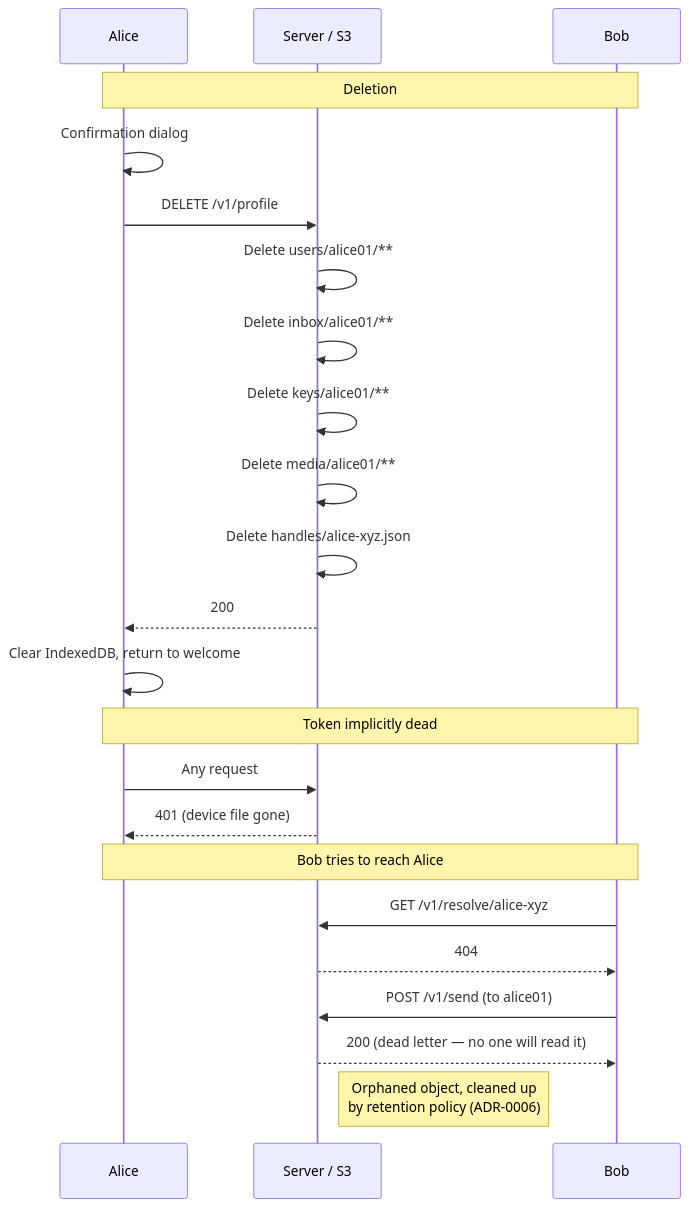
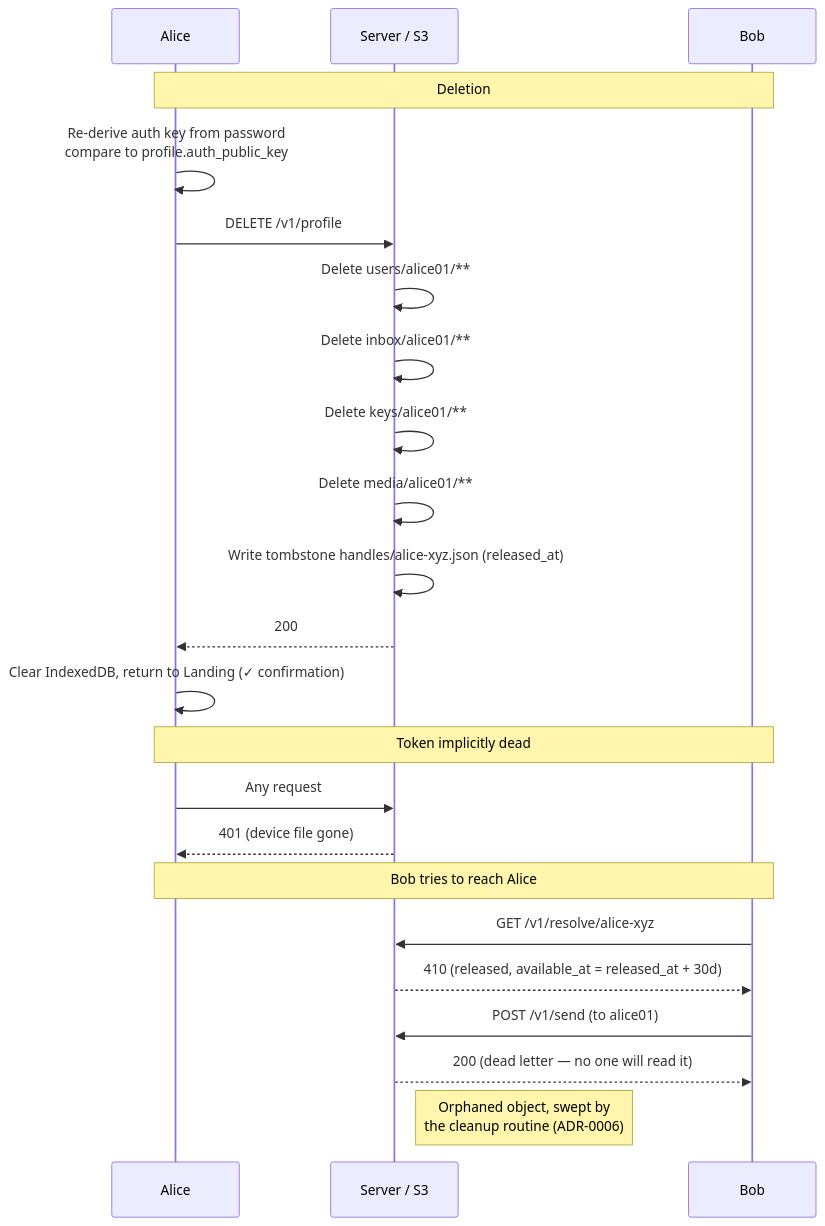
One commit to atmin/atmin.net changed the diagram in docs/scenarios/account-deletion.md. Above: the diagram before and after it, drawn with Mermaid. The commit also changed other lines of this file and 23 other files, not shown here.

First line of the commit message:
feat: account deletion — Settings danger zone wired to DELETE /v1/profile

````diff
--- a/docs/scenarios/account-deletion.md
+++ b/docs/scenarios/account-deletion.md
@@ -10,29 +11,29 @@
 ```mermaid
 sequenceDiagram
     participant A as Alice
     participant S as Server / S3
     participant B as Bob
 
     note over A,B: Deletion
-    A->>A: Confirmation dialog
+    A->>A: Re-derive auth key from password<br/>compare to profile.auth_public_key
     A->>S: DELETE /v1/profile
     S->>S: Delete users/alice01/**
     S->>S: Delete inbox/alice01/**
     S->>S: Delete keys/alice01/**
     S->>S: Delete media/alice01/**
-    S->>S: Delete handles/alice-xyz.json
+    S->>S: Write tombstone handles/alice-xyz.json (released_at)
     S-->>A: 200
-    A->>A: Clear IndexedDB, return to welcome
+    A->>A: Clear IndexedDB, return to Landing (✓ confirmation)
 
     note over A,B: Token implicitly dead
     A->>S: Any request
     S-->>A: 401 (device file gone)
 
     note over A,B: Bob tries to reach Alice
     B->>S: GET /v1/resolve/alice-xyz
-    S-->>B: 404
+    S-->>B: 410 (released, available_at = released_at + 30d)
 
     B->>S: POST /v1/send (to alice01)
     S-->>B: 200 (dead letter — no one will read it)
-    note right of S: Orphaned object, cleaned up<br/>by retention policy (ADR-0006)
+    note right of S: Orphaned object, swept by<br/>the cleanup routine (ADR-0006)
 ```
````
